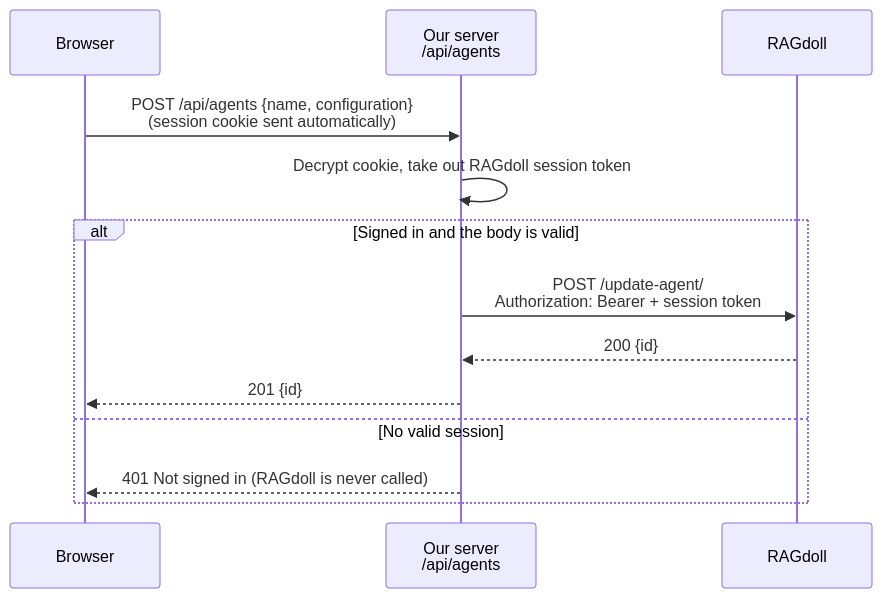
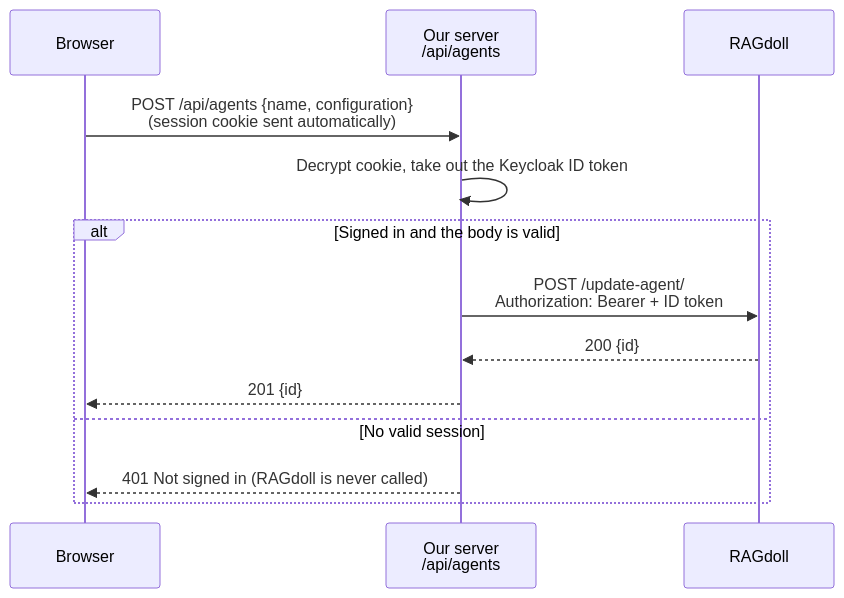
Before and after one commit to IMTEL/team-tdt4290-fall-2026: the third of 7 diagrams in docs/architecture.md, drawn with Mermaid. The commit also changed other lines of this file and 8 other files, not shown here.

Commit message:
fix: fix login with keycloak id token

````diff
--- a/docs/architecture.md
+++ b/docs/architecture.md
@@ -161,16 +160,16 @@
 ```mermaid
 sequenceDiagram
     participant B as Browser
     participant N as Our server<br/>/api/agents
     participant R as RAGdoll
 
     B->>N: POST /api/agents {name, configuration}<br/>(session cookie sent automatically)
-    N->>N: Decrypt cookie, take out RAGdoll session token
+    N->>N: Decrypt cookie, take out the Keycloak ID token
     alt Signed in and the body is valid
-        N->>R: POST /update-agent/<br/>Authorization: Bearer + session token
+        N->>R: POST /update-agent/<br/>Authorization: Bearer + ID token
         R-->>N: 200 {id}
         N-->>B: 201 {id}
     else No valid session
         N-->>B: 401 Not signed in (RAGdoll is never called)
     end
 ```
````
